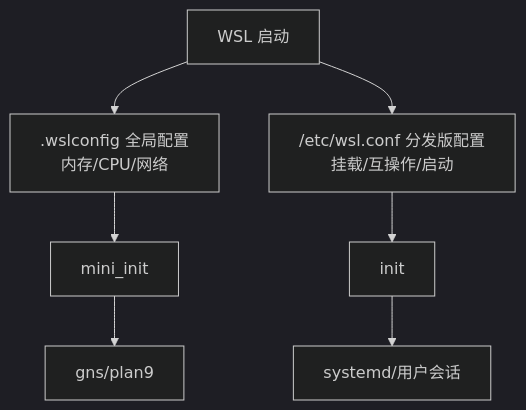
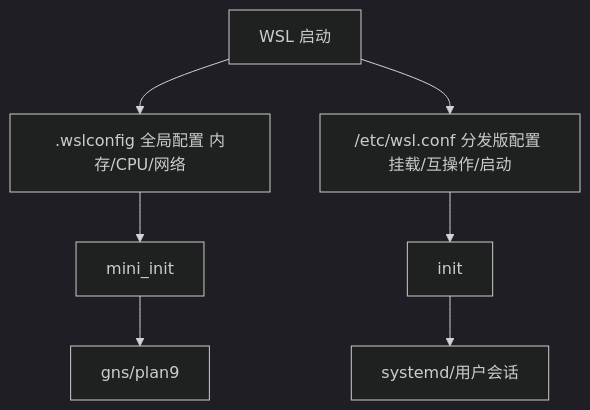
The second of 3 diagrams in .agents/docs/knowledge/learning/08-systems-infrastructure/wsl-wiki/07-network-config-systemd.md (xinetzone/SpecWeave), drawn with Mermaid (dark theme) before and after one commit. The commit also changed other lines of this file and 4 other files, not shown here.

Commit message:
fix(diagrams): 修复Mermaid图表VS Code预览渲染失败——移除br标签、带圈数字、特殊符号，统一节点引号格式[prevent: mermaid-syntax-check]

````diff
--- a/.agents/docs/knowledge/learning/08-systems-infrastructure/wsl-wiki/07-network-config-systemd.md
+++ b/.agents/docs/knowledge/learning/08-systems-infrastructure/wsl-wiki/07-network-config-systemd.md
@@ -134,9 +134,9 @@
 ```mermaid
 flowchart TD
-    A["WSL 启动"] --> B[".wslconfig 全局配置<br/>内存/CPU/网络"]
-    A --> C["/etc/wsl.conf 分发版配置<br/>挂载/互操作/启动"]
+    A["WSL 启动"] --> B[".wslconfig 全局配置 内存/CPU/网络"]
+    A --> C["/etc/wsl.conf 分发版配置 挂载/互操作/启动"]
     B --> D["mini_init"]
     C --> E["init"]
     D --> F["gns/plan9"]
     E --> G["systemd/用户会话"]
 ```
````
